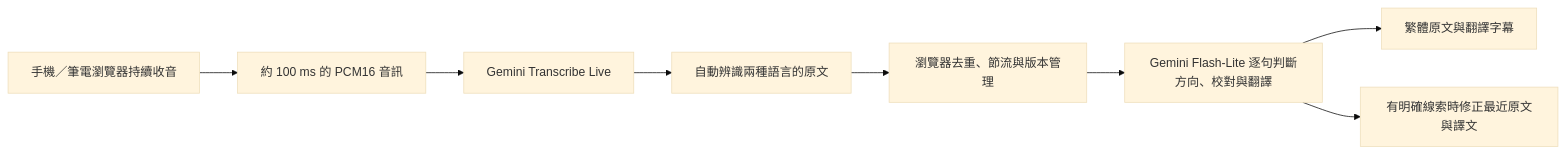
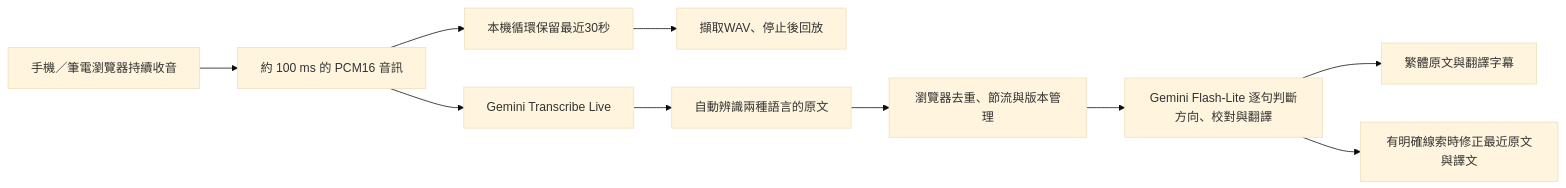
One commit to jerome956123/translator_system changed the diagram in realtime-text/README.zh-TW.md. Above: the diagram before and after it, drawn with Mermaid (base theme). The commit also changed other lines of this file and 31 other files, not shown here.

````diff
--- a/realtime-text/README.zh-TW.md
+++ b/realtime-text/README.zh-TW.md
@@ -120,10 +136,12 @@
 ```mermaid
 flowchart LR
     A[手機／筆電瀏覽器持續收音] --> B[約 100 ms 的 PCM16 音訊]
     B --> C[Gemini Transcribe Live]
+    B --> I[本機循環保留最近30秒]
+    I --> J[擷取WAV、停止後回放]
     C --> D[自動辨識兩種語言的原文]
     D --> E[瀏覽器去重、節流與版本管理]
     E --> F[Gemini Flash-Lite 逐句判斷方向、校對與翻譯]
     F --> G[繁體原文與翻譯字幕]
     F --> H[有明確線索時修正最近原文與譯文]
 ```
````
